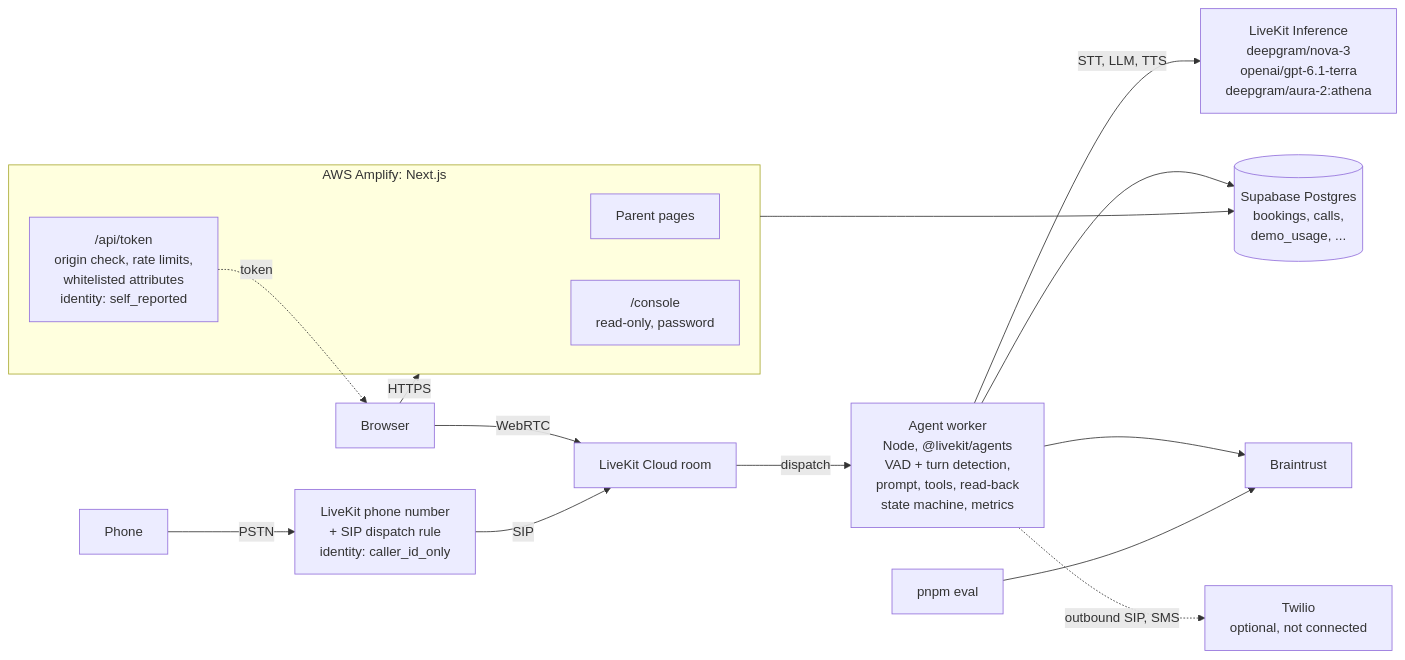
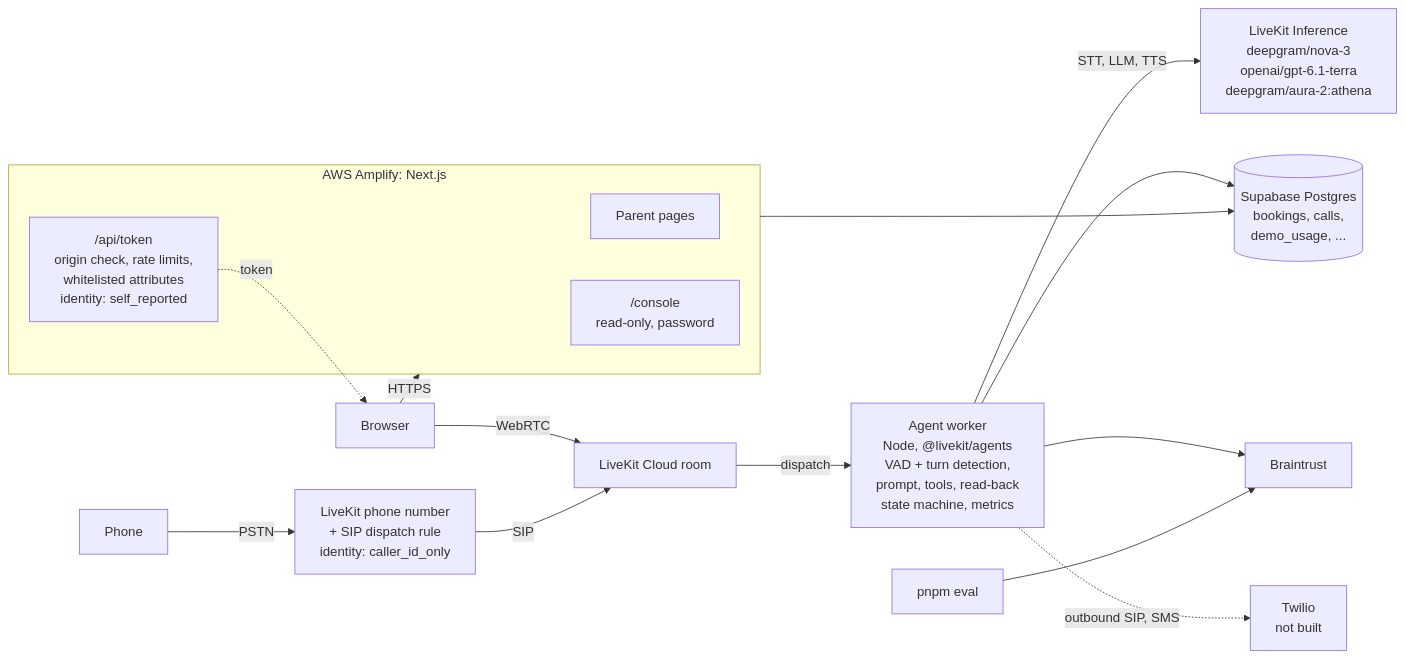
Before and after one commit to umutc/movo-voice-demo: the first of 2 diagrams in README.md, drawn with Mermaid. The commit also changed other lines of this file and 7 other files, not shown here.

````diff
--- a/README.md
+++ b/README.md
@@ -35,21 +35,21 @@
 ```mermaid
 flowchart LR
   BR["Browser"] -->|HTTPS| AMP
   PH["Phone"] -->|PSTN| SIP["LiveKit phone number<br/>+ SIP dispatch rule<br/>identity: caller_id_only"]
   subgraph AMP["AWS Amplify: Next.js"]
     PG["Parent pages"]
     TK["/api/token<br/>origin check, rate limits,<br/>whitelisted attributes<br/>identity: self_reported"]
     CO["/console<br/>read-only, password"]
   end
   TK -.->|token| BR
   BR -->|WebRTC| ROOM
   SIP -->|SIP| ROOM
   ROOM["LiveKit Cloud room"] -->|dispatch| W
   W["Agent worker<br/>Node, @livekit/agents<br/>VAD + turn detection,<br/>prompt, tools, read-back<br/>state machine, metrics"]
   W -->|"STT, LLM, TTS"| INF["LiveKit Inference<br/>deepgram/nova-3<br/>openai/gpt-6.1-terra<br/>deepgram/aura-2:athena"]
   W --> DB[("Supabase Postgres<br/>bookings, calls,<br/>demo_usage, ...")]
   AMP --> DB
   W --> BT["Braintrust"]
   EV["pnpm eval"] --> BT
-  W -.->|"outbound SIP, SMS"| TW["Twilio<br/>optional, not connected"]
+  W -.->|"outbound SIP, SMS"| TW["Twilio<br/>not built"]
 ```
````
